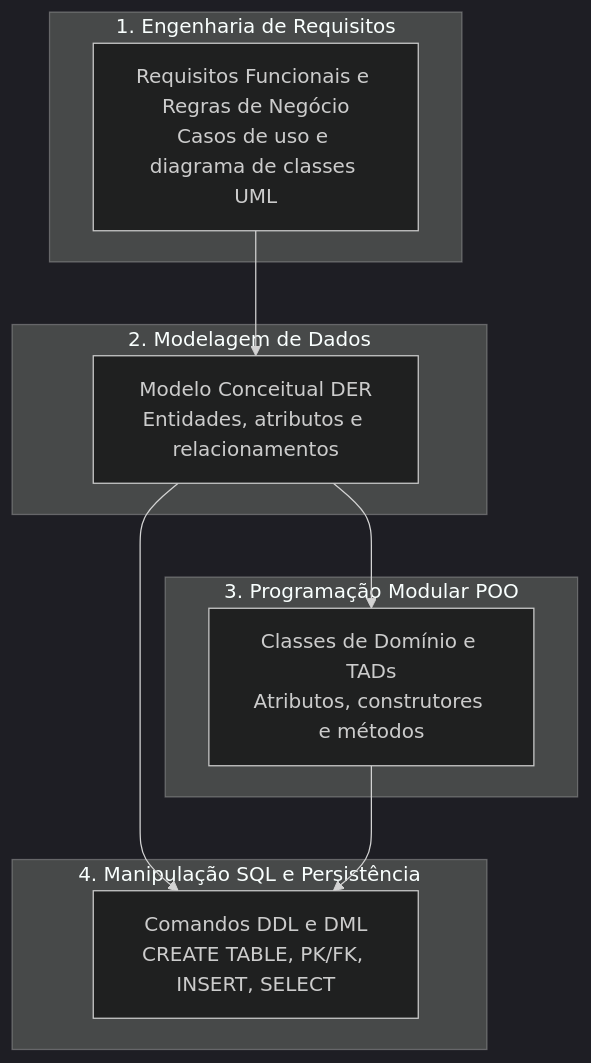
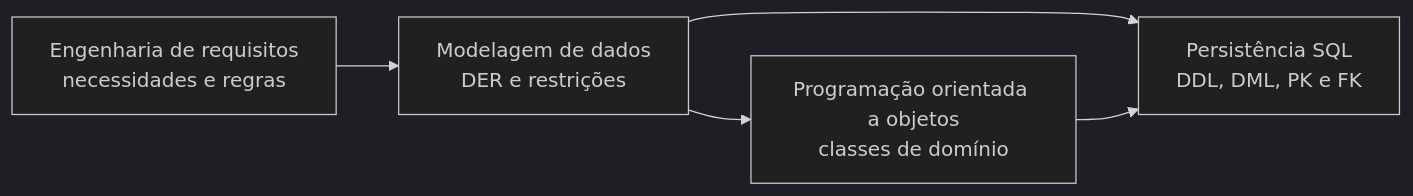
The third of 4 diagrams in 02. Modelagem de Dados/01. Introdução à modelagem de dados e sua importância.md (leorruas/puc), drawn with Mermaid (dark theme) before and after one commit. The commit also changed other lines of this file, not shown here.

Commit message:
Normaliza Mermaid introdutórios de Modelagem de Dados

````diff
--- a/02. Modelagem de Dados/01. Introdução à modelagem de dados e sua importância.md
+++ b/02. Modelagem de Dados/01. Introdução à modelagem de dados e sua importância.md
@@ -167,23 +156,12 @@
 ```mermaid
-flowchart TD
-    subgraph SubgraphRequisitos["1. Engenharia de Requisitos"]
-        Req["Requisitos Funcionais e Regras de Negócio<br>Casos de uso e diagrama de classes UML"]
-    end
+flowchart LR
+    Requisitos["Engenharia de requisitos<br>necessidades e regras"]:::external
+    Modelagem["Modelagem de dados<br>DER e restrições"]:::core
+    POO["Programação orientada a objetos<br>classes de domínio"]:::component
+    SQL["Persistência SQL<br>DDL, DML, PK e FK"]:::data
 
-    subgraph SubgraphModelagemConceitual["2. Modelagem de Dados"]
-        Mod["Modelo Conceitual DER<br>Entidades, atributos e relacionamentos"]
-    end
-
-    subgraph SubgraphPOO["3. Programação Modular POO"]
-        POO["Classes de Domínio e TADs<br>Atributos, construtores e métodos"]
-    end
-
-    subgraph SubgraphSQL["4. Manipulação SQL e Persistência"]
-        SQL["Comandos DDL e DML<br>CREATE TABLE, PK/FK, INSERT, SELECT"]
-    end
-
-    Req --> Mod
-    Mod --> POO
-    Mod --> SQL
+    Requisitos --> Modelagem
+    Modelagem --> POO
+    Modelagem --> SQL
     POO --> SQL
 ```
````
